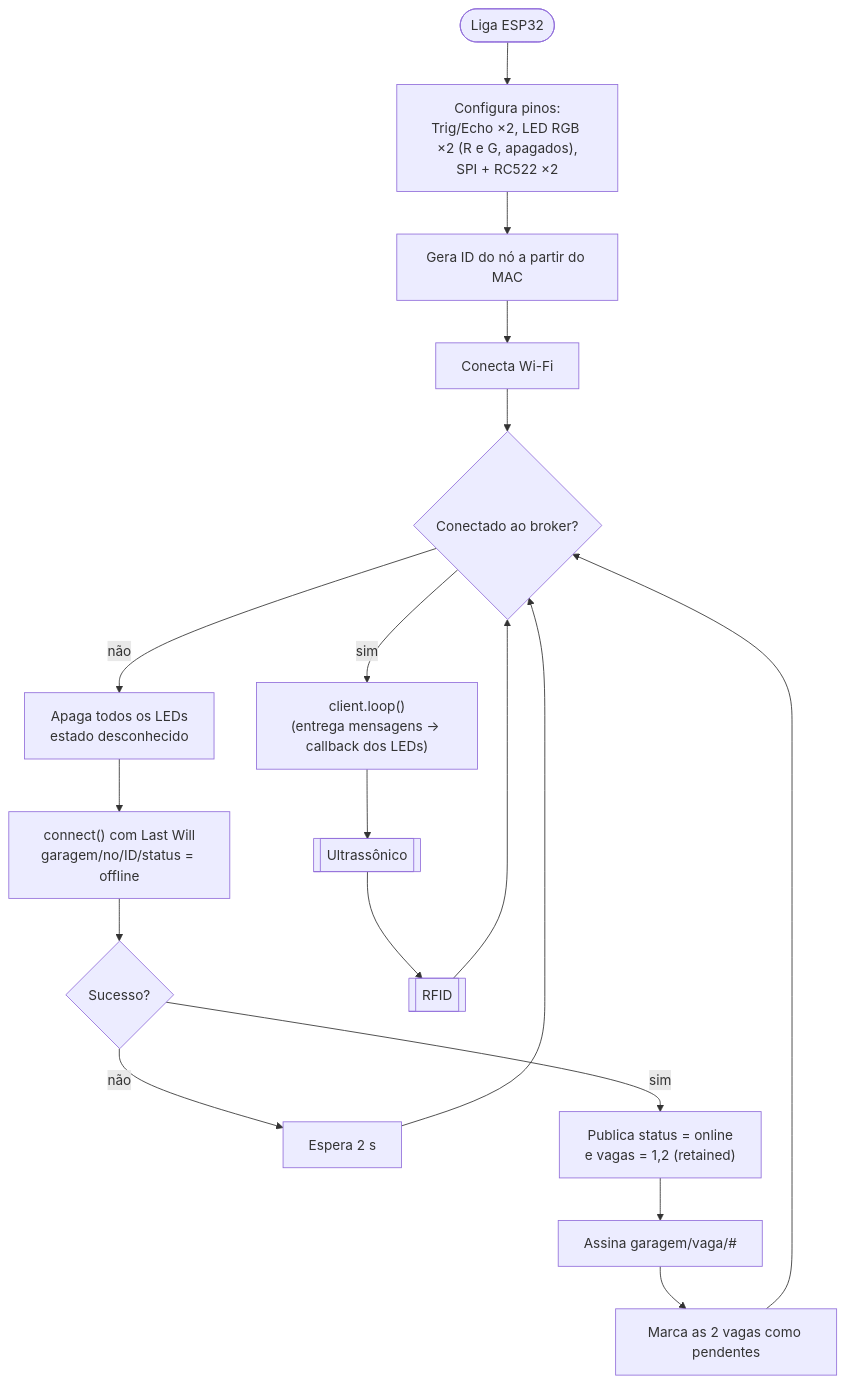
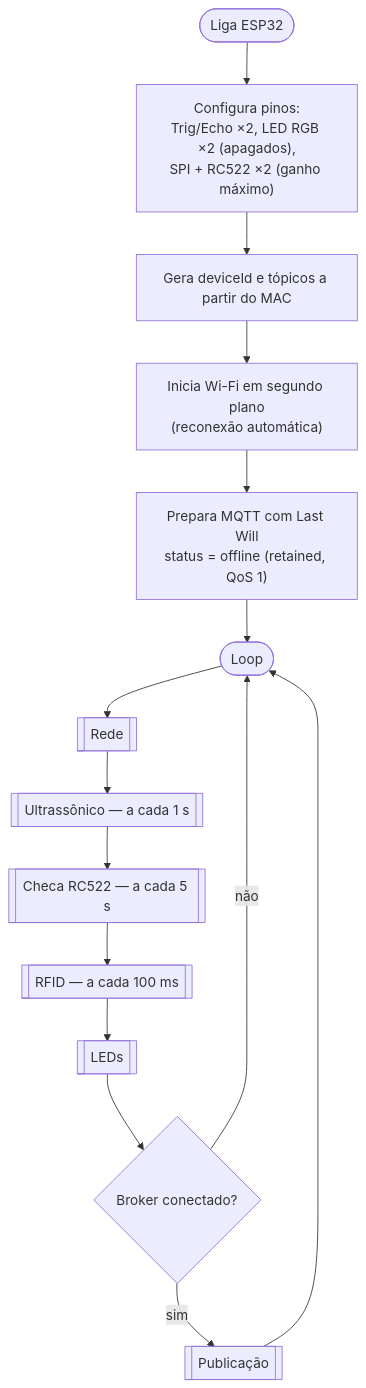
One commit to VynicyusCandido/iotHorangoTango changed the second of 8 diagrams in docs/fluxograma-firmware.md. Above: the diagram before and after it, drawn with Mermaid. The commit also changed other lines of this file and 6 other files, not shown here.

First line of the commit message:
Migrate firmware to MQTT contract v1 with offline event queue

````diff
--- a/docs/fluxograma-firmware.md
+++ b/docs/fluxograma-firmware.md
@@ -55,18 +62,18 @@
 ```mermaid
 flowchart TD
-    A([Liga ESP32]) --> B["Configura pinos:<br/>Trig/Echo ×2, LED RGB ×2 (R e G, apagados),<br/>SPI + RC522 ×2"]
-    B --> C[Gera ID do nó a partir do MAC]
-    C --> D[Conecta Wi-Fi]
-    D --> E{Conectado ao broker?}
-    E -- não --> E1[Apaga todos os LEDs<br/>estado desconhecido]
-    E1 --> F["connect() com Last Will<br/>garagem/no/ID/status = offline"]
-    F --> G{Sucesso?}
-    G -- não --> H[Espera 2 s] --> E
-    G -- sim --> I["Publica status = online<br/>e vagas = 1,2 (retained)"]
-    I --> I1["Assina garagem/vaga/#"]
-    I1 --> I2[Marca as 2 vagas como pendentes] --> E
-    E -- sim --> K["client.loop()<br/>(entrega mensagens → callback dos LEDs)"]
-    K --> US0[[Ultrassônico]]
-    US0 --> RF0[[RFID]]
-    RF0 --> E
+    A([Liga ESP32]) --> B["Configura pinos:<br/>Trig/Echo ×2, LED RGB ×2 (apagados),<br/>SPI + RC522 ×2 (ganho máximo)"]
+    B --> C[Gera deviceId e tópicos a partir do MAC]
+    C --> D["Inicia Wi-Fi em segundo plano<br/>(reconexão automática)"]
+    D --> D1["Prepara MQTT com Last Will<br/>status = offline (retained, QoS 1)"]
+    D1 --> L([Loop])
+
+    L --> R[[Rede]]
+    R --> US[[Ultrassônico — a cada 1 s]]
+    US --> CK[[Checa RC522 — a cada 5 s]]
+    CK --> RF[[RFID — a cada 100 ms]]
+    RF --> LD[[LEDs]]
+    LD --> M{Broker conectado?}
+    M -- não --> L
+    M -- sim --> P[[Publicação]]
+    P --> L
 ```
````
